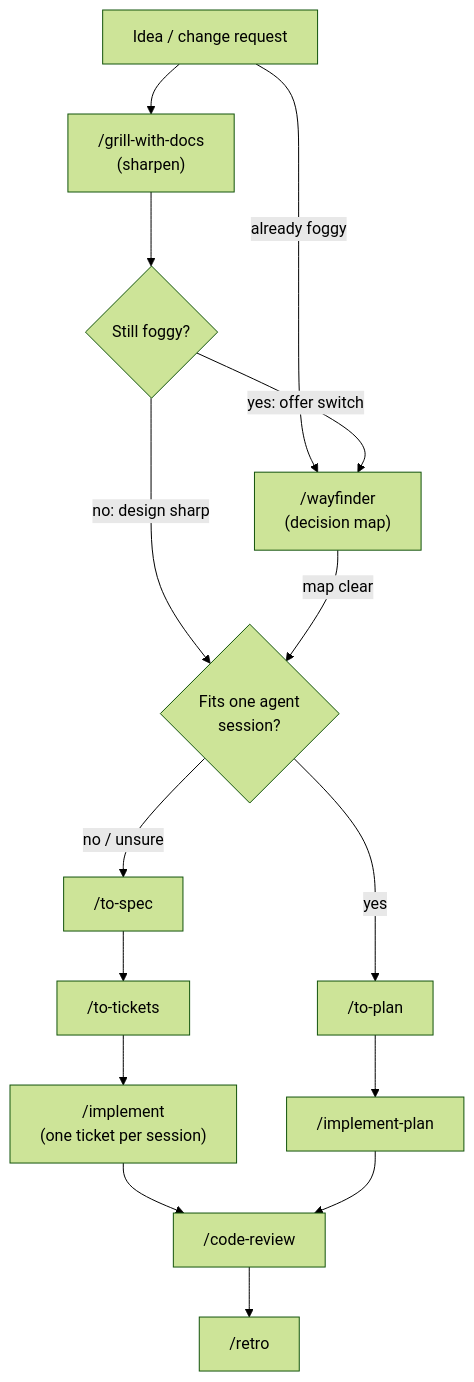
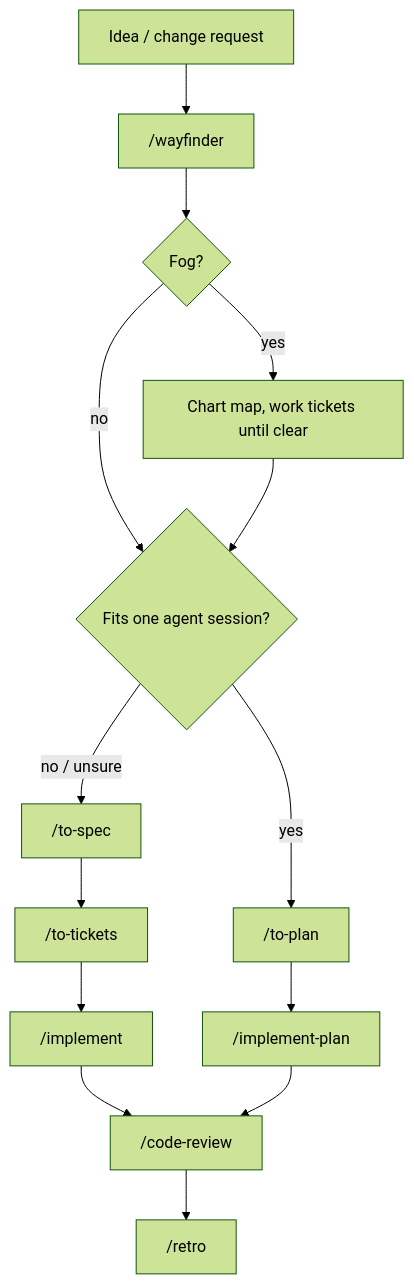
One commit to Akindu23/my-agent-skills changed the diagram in README.md. Above: the diagram before and after it, drawn with Mermaid (forest theme). The commit also changed other lines of this file and 2 other files, not shown here.

Commit message:
Small mod to /wayfinder to handle the CONTEXT.md file updates better

````diff
--- a/README.md
+++ b/README.md
@@ -41,27 +43,22 @@
 ```mermaid
 flowchart TD
   idea[Idea / change request]
-  grill["/grill-with-docs<br/>(sharpen)"]
-  fog{"Still foggy?"}
-  way["/wayfinder<br/>(decision map)"]
-  size{"Fits one agent<br/>session?"}
+  way["/wayfinder"]
+  fog{Fog?}
+  map[Chart map, work tickets until clear]
+  size{Fits one agent session?}
   spec["/to-spec"]
   tickets["/to-tickets"]
-  impl["/implement<br/>(one ticket per session)"]
+  impl["/implement"]
   plan["/to-plan"]
   implPlan["/implement-plan"]
   review["/code-review"]
   retro["/retro"]
 
-  idea --> grill
-  idea -->|already foggy| way
-  grill --> fog
-  fog -->|yes: offer switch| way
-  fog -->|no: design sharp| size
-  way -->|map clear| size
-  size -->|no / unsure| spec
-  spec --> tickets --> impl --> review
-  size -->|yes| plan
-  plan --> implPlan --> review
+  idea --> way --> fog
+  fog -->|no| size
+  fog -->|yes| map --> size
+  size -->|no / unsure| spec --> tickets --> impl --> review
+  size -->|yes| plan --> implPlan --> review
   review --> retro
 ```
````
